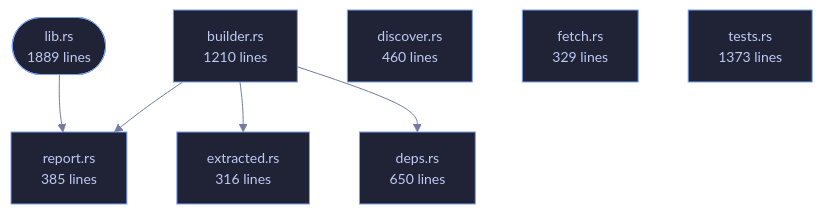
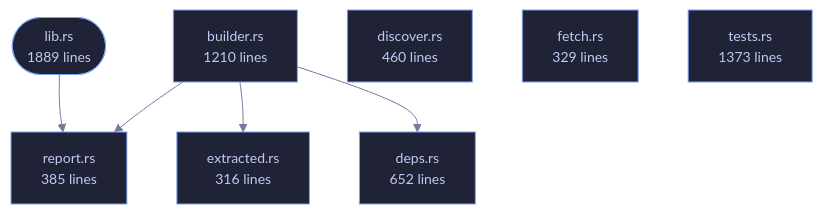
Before and after one commit to tilas01/veilvoice: the diagram in wiki/Crate-veilvoice-verify.md, drawn with Mermaid. The commit also changed other lines of this file and 528 other files, not shown here.

````diff
--- a/wiki/Crate-veilvoice-verify.md
+++ b/wiki/Crate-veilvoice-verify.md
@@ -80,24 +80,24 @@
 ```mermaid
 %%{init: {"theme":"base","themeVariables":{"background":"#1a1b26","primaryColor":"#1f2335","primaryTextColor":"#c0caf5","primaryBorderColor":"#7aa2f7","secondaryColor":"#16161e","tertiaryColor":"#16161e","lineColor":"#737aa2","textColor":"#c0caf5","mainBkg":"#1f2335","nodeBorder":"#7aa2f7","clusterBkg":"#16161e","clusterBorder":"#2f3549","fontFamily":"ui-monospace, SFMono-Regular, Consolas, monospace","fontSize":"14px"}}}%%
 flowchart TD
     n_lib(["lib.rs<br/>1889 lines"])
     n_builder["builder.rs<br/>1210 lines"]
-    n_deps["deps.rs<br/>650 lines"]
+    n_deps["deps.rs<br/>652 lines"]
     n_discover["discover.rs<br/>460 lines"]
     n_extracted["extracted.rs<br/>316 lines"]
     n_fetch["fetch.rs<br/>329 lines"]
     n_report["report.rs<br/>385 lines"]
     n_tests["tests.rs<br/>1373 lines"]
     n_builder --> n_deps
     n_builder --> n_extracted
     n_builder --> n_report
     n_lib --> n_report
     click n_lib href "https://github.com/tilas01/veilvoice/blob/main/crates/veilvoice-verify/src/lib.rs" "open the source"
     click n_builder href "https://github.com/tilas01/veilvoice/blob/main/crates/veilvoice-verify/src/builder.rs" "open the source"
     click n_deps href "https://github.com/tilas01/veilvoice/blob/main/crates/veilvoice-verify/src/deps.rs" "open the source"
     click n_discover href "https://github.com/tilas01/veilvoice/blob/main/crates/veilvoice-verify/src/discover.rs" "open the source"
     click n_extracted href "https://github.com/tilas01/veilvoice/blob/main/crates/veilvoice-verify/src/extracted.rs" "open the source"
     click n_fetch href "https://github.com/tilas01/veilvoice/blob/main/crates/veilvoice-verify/src/fetch.rs" "open the source"
     click n_report href "https://github.com/tilas01/veilvoice/blob/main/crates/veilvoice-verify/src/report.rs" "open the source"
     click n_tests href "https://github.com/tilas01/veilvoice/blob/main/crates/veilvoice-verify/src/tests.rs" "open the source"
 ```
````
